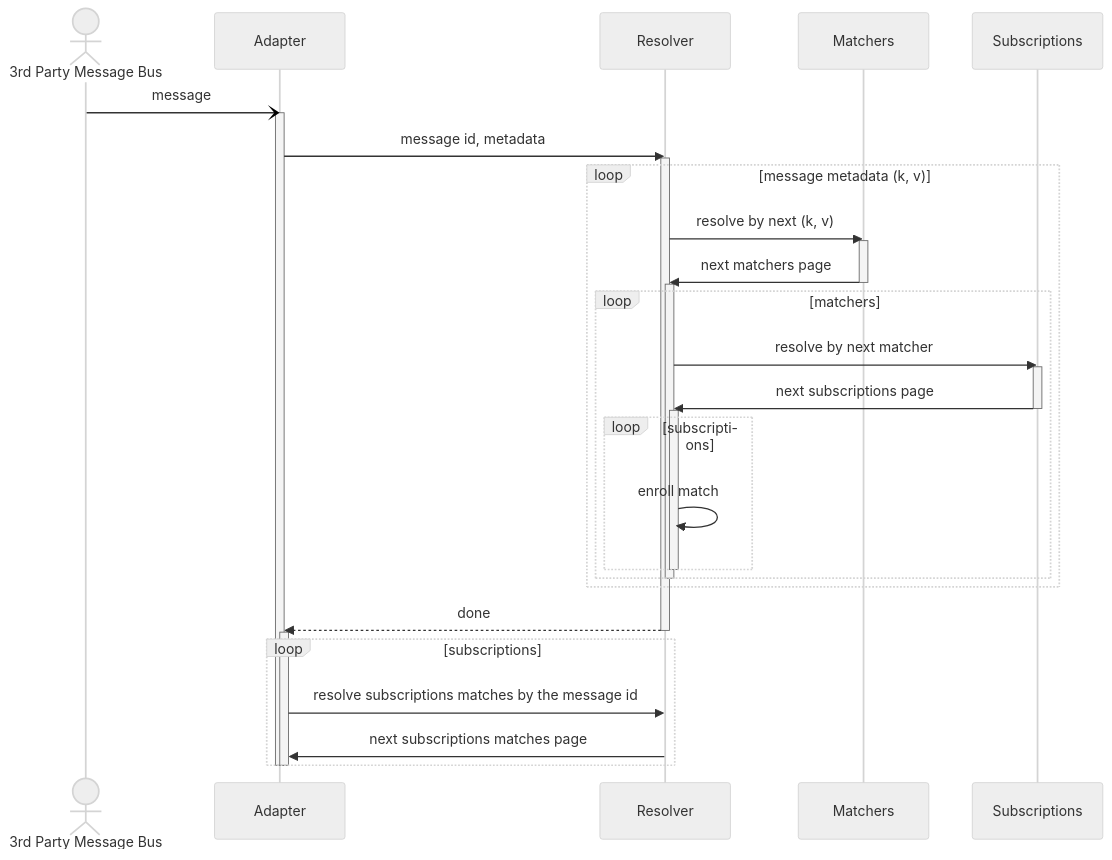
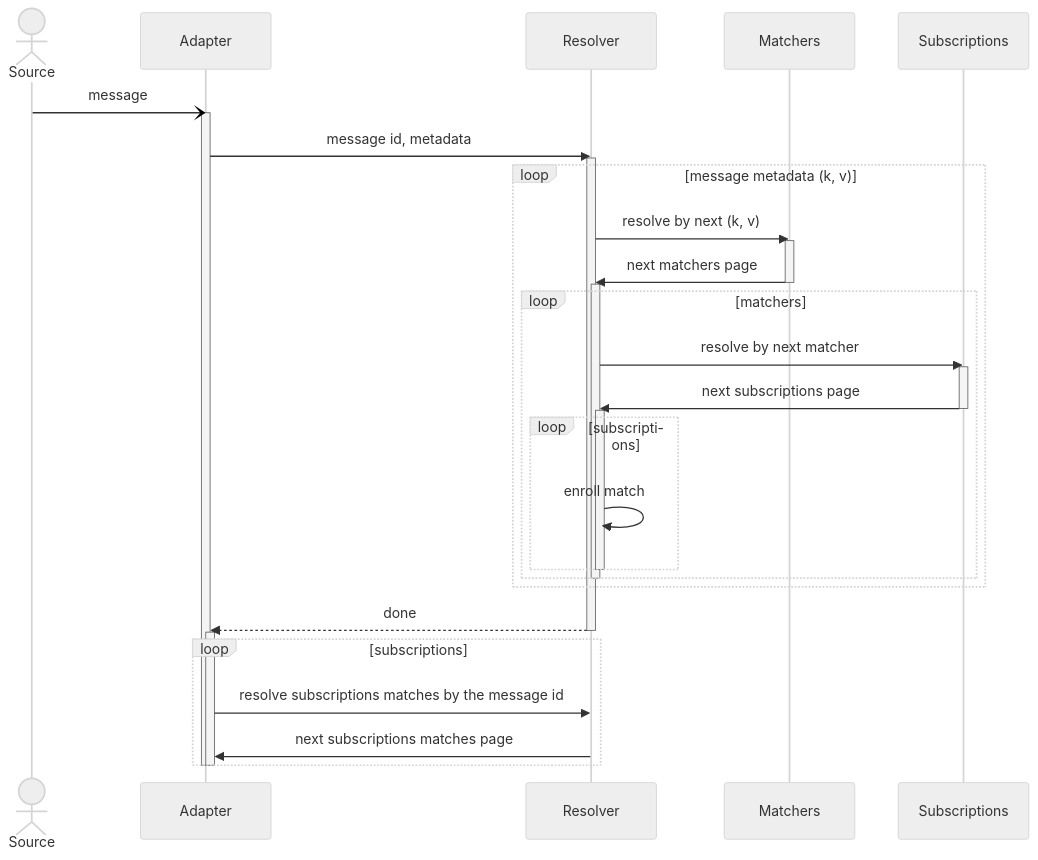
The diagram in profile/README.md (awakari/.github), drawn with Mermaid before and after one commit.

````diff
--- a/profile/README.md
+++ b/profile/README.md
@@ -13,54 +13,54 @@
 ```mermaid
 %%{init: {'theme': 'neutral' } }%%
 sequenceDiagram
 
-    actor 3rd Party Message Bus
+    actor Source
     participant Adapter
     participant Resolver
     participant Matchers
     participant Subscriptions
 
-    3rd Party Message Bus-)Adapter: message
+    Source-)Adapter: message
     activate Adapter
     
     Adapter->>Resolver: message id, metadata
     activate Resolver
     
     loop message metadata (k, v)
     
         Resolver->>Matchers: resolve by next (k, v)
         activate Matchers
         Matchers->>Resolver: next matchers page
         deactivate Matchers
         
         activate Resolver
         loop matchers
             
             Resolver->>Subscriptions: resolve by next matcher
             activate Subscriptions
             Subscriptions->>Resolver: next subscriptions page
             deactivate Subscriptions
             
             activate Resolver
             loop subscriptions
                 Resolver->>Resolver: enroll match
             end
             deactivate Resolver
             
         end
         deactivate Resolver
     end
     
     
     
     Resolver-->>Adapter: done
     deactivate Resolver
 
     activate Adapter
     loop subscriptions
         Adapter->>Resolver: resolve subscriptions matches by the message id
         Resolver->>Adapter: next subscriptions matches page
     end
     deactivate Adapter
     deactivate Adapter
 ```
````
